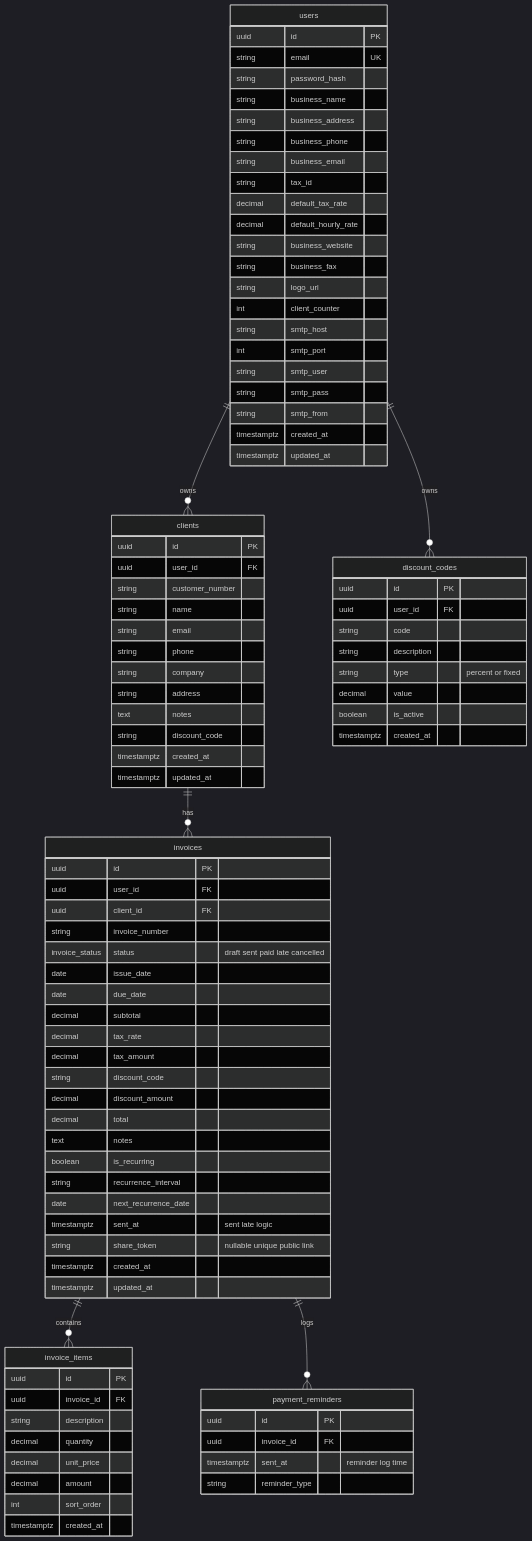
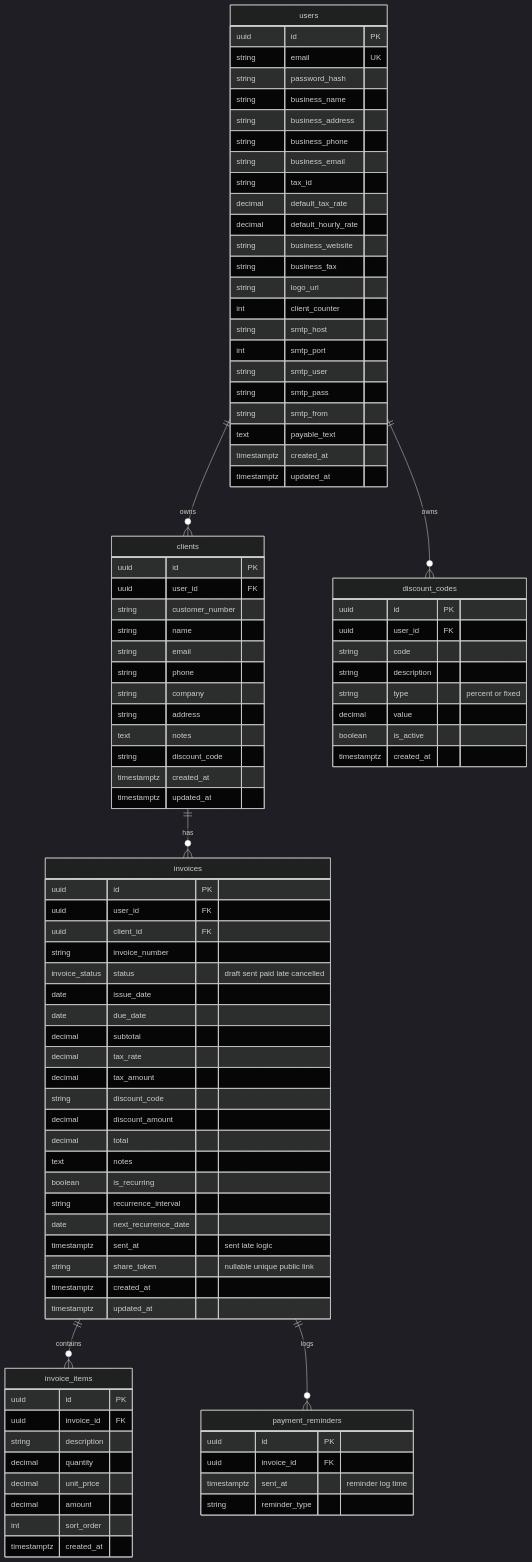
Before and after one commit to becomeonewiththecode/invoicing: the diagram in docs/database/diagram.md, drawn with Mermaid (dark theme). The commit also changed 28 other files, not shown here.

First line of the commit message:
feat: payable text field, backup import collision fix, and cleanup

```diff
--- a/docs/database/diagram.md
+++ b/docs/database/diagram.md
@@ -28,6 +28,7 @@
     string smtp_user
     string smtp_pass
     string smtp_from
+    text payable_text
     timestamptz created_at
     timestamptz updated_at
   }
```
